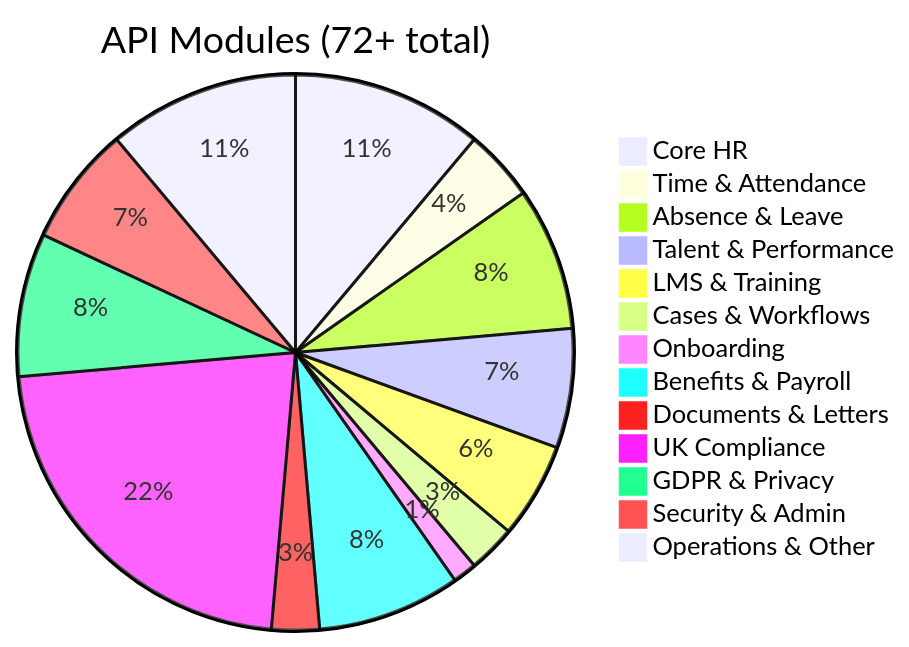
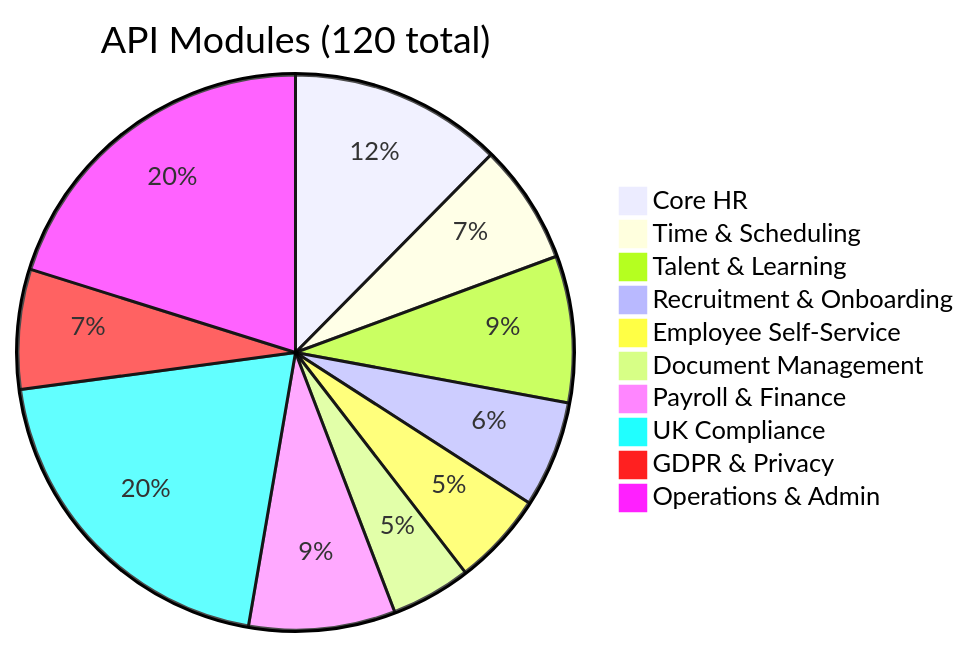
The fifth of 20 diagrams in Docs/architecture/diagrams.md (Staffora-HRIS/HRISystem), drawn with Mermaid before and after one commit. The commit also changed other lines of this file and 235 other files, not shown here.

````diff
--- a/Docs/architecture/diagrams.md
+++ b/Docs/architecture/diagrams.md
@@ -260,16 +260,13 @@
 ```mermaid
-pie title API Modules (72+ total)
-    "Core HR" : 8
-    "Time & Attendance" : 3
-    "Absence & Leave" : 6
-    "Talent & Performance" : 5
-    "LMS & Training" : 4
-    "Cases & Workflows" : 2
-    "Onboarding" : 1
-    "Benefits & Payroll" : 6
-    "Documents & Letters" : 2
-    "UK Compliance" : 16
-    "GDPR & Privacy" : 6
-    "Security & Admin" : 5
-    "Operations & Other" : 8
+pie title API Modules (120 total)
+    "Core HR" : 16
+    "Time & Scheduling" : 9
+    "Talent & Learning" : 11
+    "Recruitment & Onboarding" : 8
+    "Employee Self-Service" : 7
+    "Document Management" : 6
+    "Payroll & Finance" : 11
+    "UK Compliance" : 26
+    "GDPR & Privacy" : 9
+    "Operations & Admin" : 26
 ```
````
